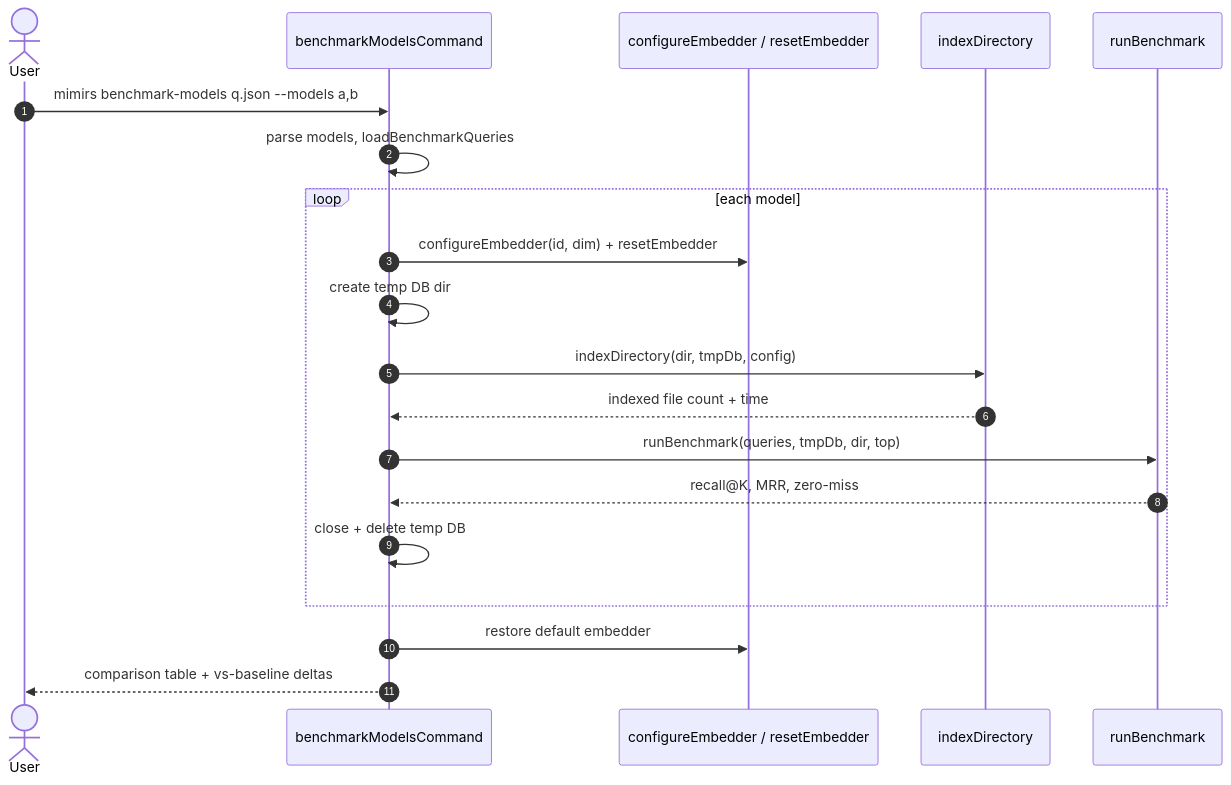
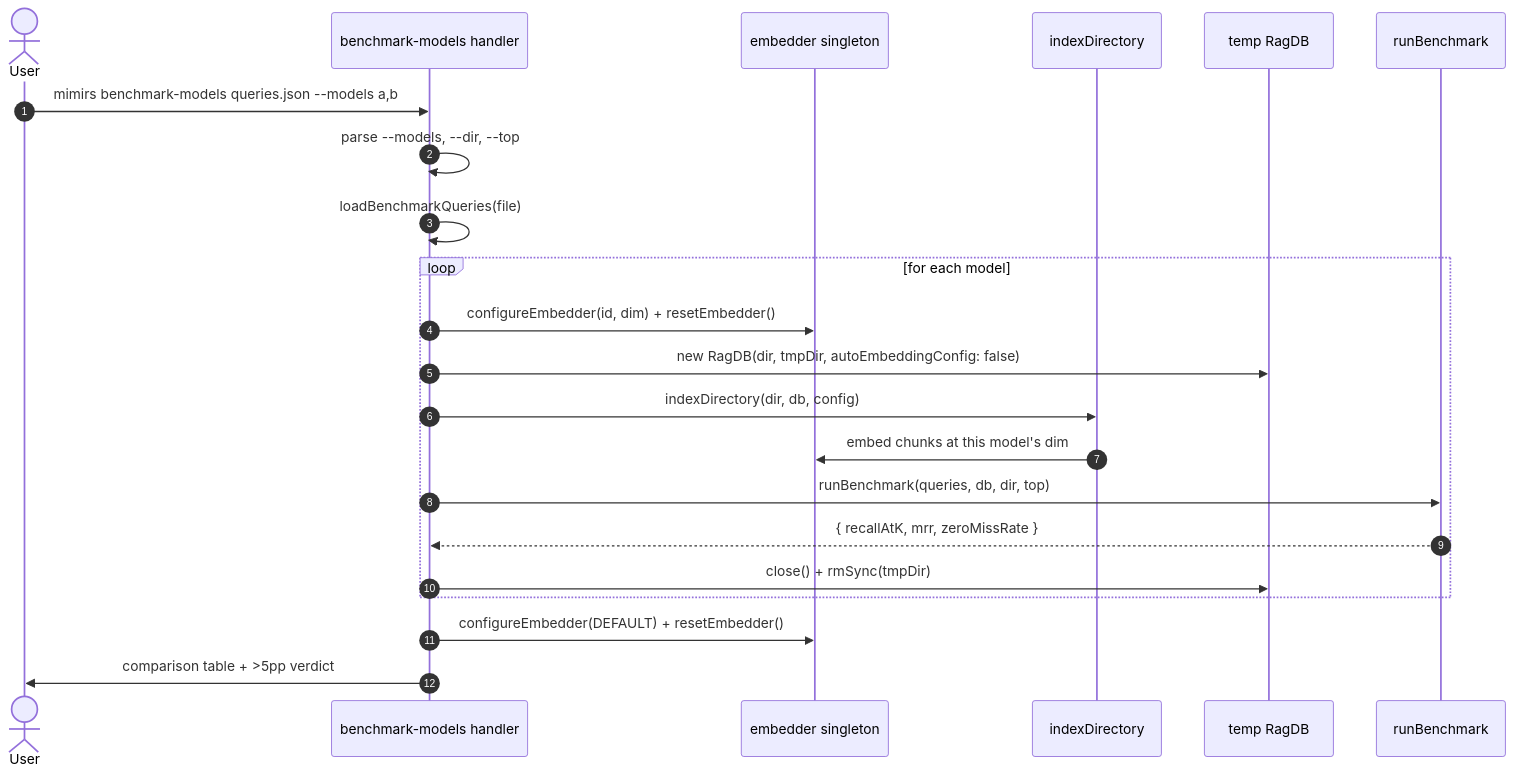
Before and after one commit to TheWinci/mimirs: the diagram in wiki/cli/benchmark-models.md, drawn with Mermaid. The commit also changed other lines of this file and 51 other files, not shown here.

````diff
--- a/wiki/cli/benchmark-models.md
+++ b/wiki/cli/benchmark-models.md
@@ -11,22 +13,25 @@
 ```mermaid
 sequenceDiagram
     autonumber
     actor User
-    participant Cmd as benchmarkModelsCommand
-    participant Embed as configureEmbedder / resetEmbedder
+    participant CLI as benchmark-models handler
+    participant Embed as embedder singleton
     participant Indexer as indexDirectory
+    participant DB as temp RagDB
     participant Bench as runBenchmark
-    User->>Cmd: mimirs benchmark-models q.json --models a,b
-    Cmd->>Cmd: parse models, loadBenchmarkQueries
-    loop each model
-        Cmd->>Embed: configureEmbedder(id, dim) + resetEmbedder
-        Cmd->>Cmd: create temp DB dir
-        Cmd->>Indexer: indexDirectory(dir, tmpDb, config)
-        Indexer-->>Cmd: indexed file count + time
-        Cmd->>Bench: runBenchmark(queries, tmpDb, dir, top)
-        Bench-->>Cmd: recall@K, MRR, zero-miss
-        Cmd->>Cmd: close + delete temp DB
+
+    User->>CLI: mimirs benchmark-models queries.json --models a,b
+    CLI->>CLI: parse --models, --dir, --top
+    CLI->>CLI: loadBenchmarkQueries(file)
+    loop for each model
+        CLI->>Embed: configureEmbedder(id, dim) + resetEmbedder()
+        CLI->>DB: new RagDB(dir, tmpDir, autoEmbeddingConfig: false)
+        CLI->>Indexer: indexDirectory(dir, db, config)
+        Indexer->>Embed: embed chunks at this model's dim
+        CLI->>Bench: runBenchmark(queries, db, dir, top)
+        Bench-->>CLI: { recallAtK, mrr, zeroMissRate }
+        CLI->>DB: close() + rmSync(tmpDir)
     end
-    Cmd->>Embed: restore default embedder
-    Cmd-->>User: comparison table + vs-baseline deltas
+    CLI->>Embed: configureEmbedder(DEFAULT) + resetEmbedder()
+    CLI->>User: comparison table + >5pp verdict
 ```
````
